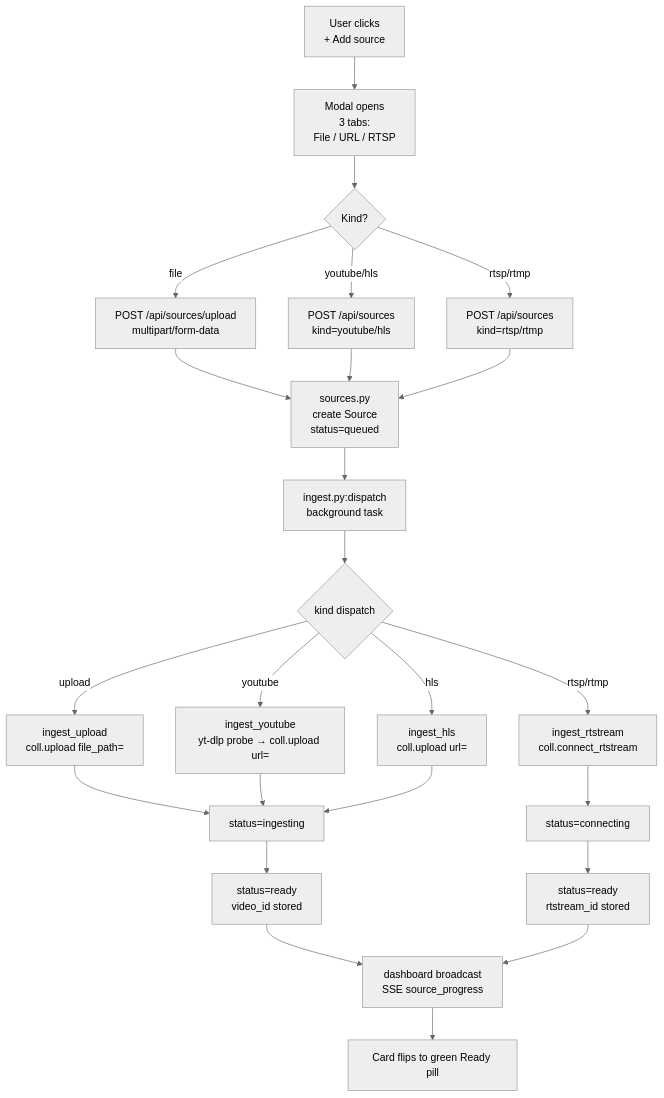
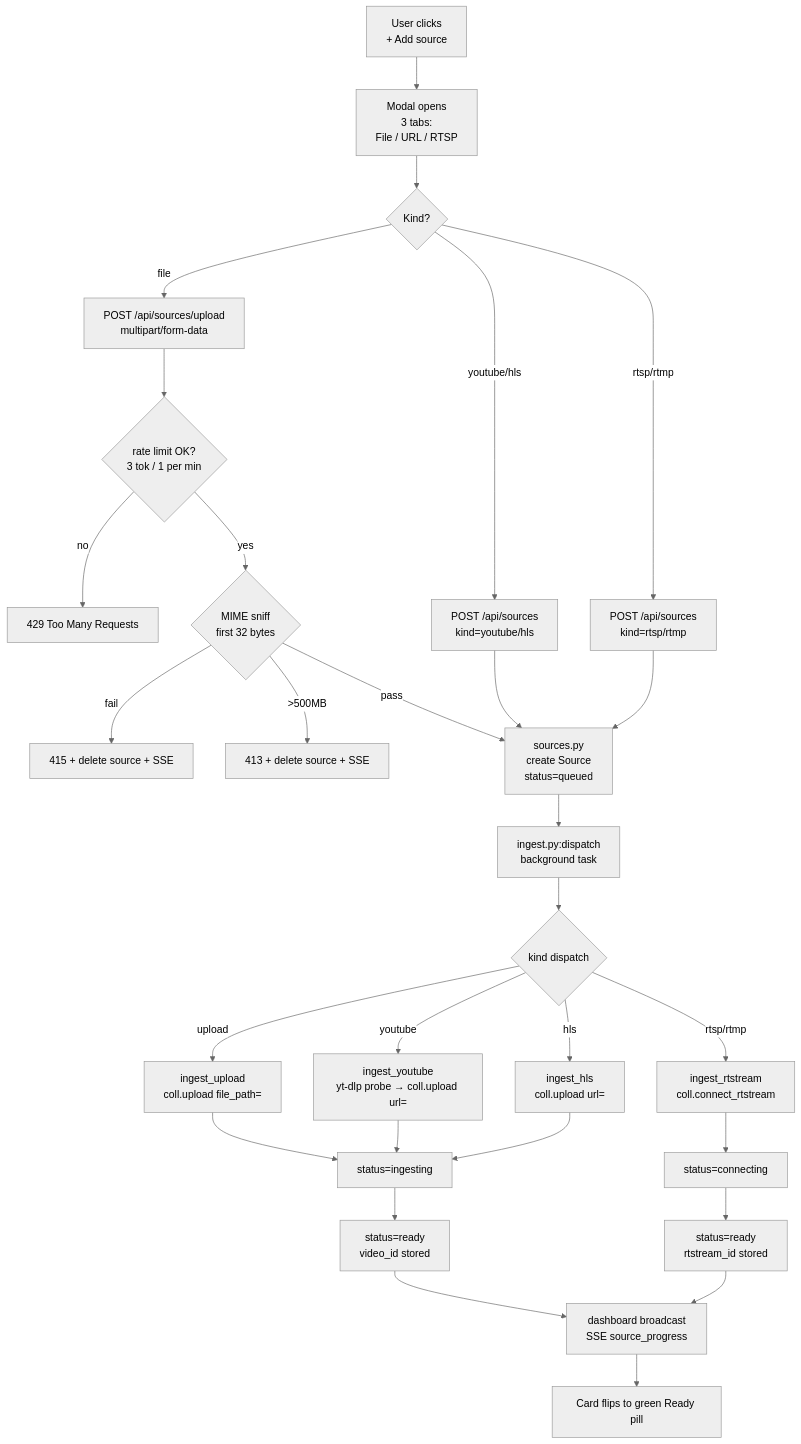
One commit to skalkii/wildwatch changed the second of 8 diagrams in docs/FEATURE_FLOWS.md. Above: the diagram before and after it, drawn with Mermaid (neutral theme). The commit also changed other lines of this file and 2 other files, not shown here.

````diff
--- a/docs/FEATURE_FLOWS.md
+++ b/docs/FEATURE_FLOWS.md
@@ -60,26 +60,31 @@
 ```mermaid
 flowchart TD
     A[User clicks<br/>+ Add source] --> B[Modal opens<br/>3 tabs:<br/>File / URL / RTSP]
     B --> C{Kind?}
     C -->|file| D1[POST /api/sources/upload<br/>multipart/form-data]
     C -->|youtube/hls| D2[POST /api/sources<br/>kind=youtube/hls]
     C -->|rtsp/rtmp| D3[POST /api/sources<br/>kind=rtsp/rtmp]
-    D1 --> E[sources.py<br/>create Source<br/>status=queued]
-    D2 --> E
+    D1 --> RL{rate limit OK?<br/>3 tok / 1 per min}
+    RL -->|no| RJ429[429 Too Many Requests]
+    RL -->|yes| MS{MIME sniff<br/>first 32 bytes}
+    MS -->|fail| RJ415[415 + delete source + SSE]
+    MS -->|>500MB| RJ413[413 + delete source + SSE]
+    MS -->|pass| E
+    D2 --> E[sources.py<br/>create Source<br/>status=queued]
     D3 --> E
     E --> F[ingest.py:dispatch<br/>background task]
     F --> G{kind dispatch}
     G -->|upload| H1[ingest_upload<br/>coll.upload file_path=]
     G -->|youtube| H2[ingest_youtube<br/>yt-dlp probe → coll.upload url=]
     G -->|hls| H3[ingest_hls<br/>coll.upload url=]
     G -->|rtsp/rtmp| H4[ingest_rtstream<br/>coll.connect_rtstream]
     H1 --> I1[status=ingesting]
     H2 --> I1
     H3 --> I1
     H4 --> I2[status=connecting]
     I1 --> J[status=ready<br/>video_id stored]
     I2 --> J2[status=ready<br/>rtstream_id stored]
     J --> K[dashboard broadcast<br/>SSE source_progress]
     J2 --> K
     K --> L[Card flips to green Ready pill]
 ```
````
